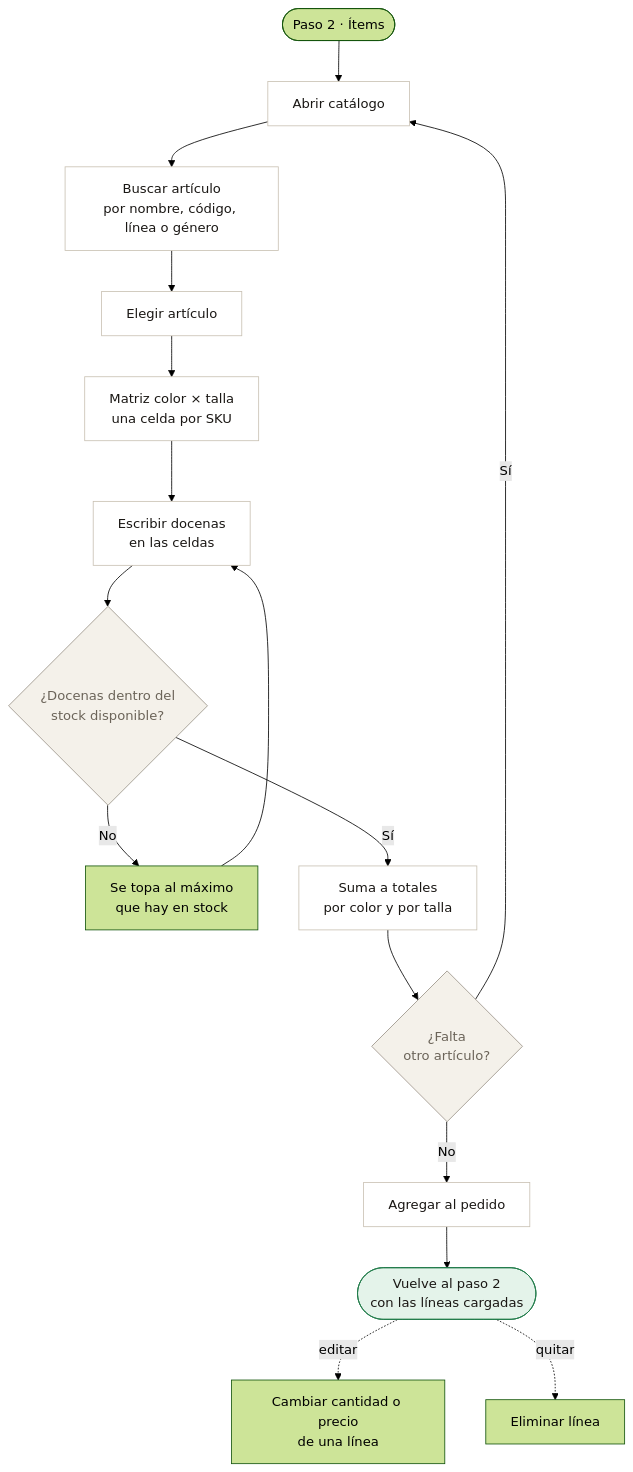
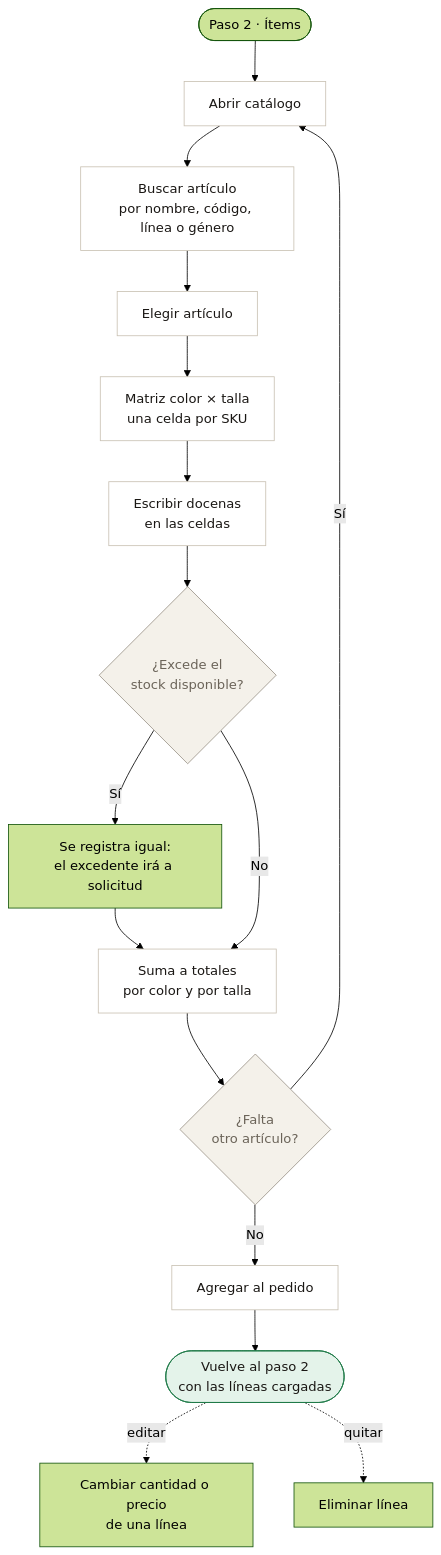
The third of 5 diagrams in docs/flujos.md (AlejandroMarceloCh/boston-pedidos-prototipo), drawn with Mermaid (forest theme) before and after one commit. The commit also changed other lines of this file and 1 other file, not shown here.

First line of the commit message:
docs: corregir los 15 estados que la auditoría encontró mal declarados

````diff
--- a/docs/flujos.md
+++ b/docs/flujos.md
@@ -101,29 +101,29 @@
 ```mermaid
 flowchart TD
     A([Paso 2 · Ítems]) --> B[Abrir catálogo]
     B --> C[Buscar artículo<br/>por nombre, código, línea o género]
     C --> D[Elegir artículo]
 
     D --> E["Matriz color × talla<br/>una celda por SKU"]
     E --> F[Escribir docenas<br/>en las celdas]
 
-    F --> G{"¿Docenas dentro del<br/>stock disponible?"}
-    G -->|No| H[Se topa al máximo<br/>que hay en stock]
-    H --> F
-    G -->|Sí| I[Suma a totales<br/>por color y por talla]
+    F --> G{"¿Excede el<br/>stock disponible?"}
+    G -->|Sí| H[Se registra igual:<br/>el excedente irá a solicitud]
+    H --> I
+    G -->|No| I[Suma a totales<br/>por color y por talla]
 
     I --> J{¿Falta<br/>otro artículo?}
     J -->|Sí| B
     J -->|No| K[Agregar al pedido]
     K --> L([Vuelve al paso 2<br/>con las líneas cargadas])
 
     L -.editar.-> M[Cambiar cantidad o precio<br/>de una línea]
     L -.quitar.-> N[Eliminar línea]
 
     classDef paso fill:#FFFFFF,stroke:#C9C1B3,color:#1A1714
     classDef dec fill:#F4F1EA,stroke:#9A9287,color:#6B6459
     classDef ok fill:#E4F3EA,stroke:#1E7A48,color:#1A1714
     class B,C,D,E,F,I,K paso
     class G,J dec
     class L ok
 ```
````
